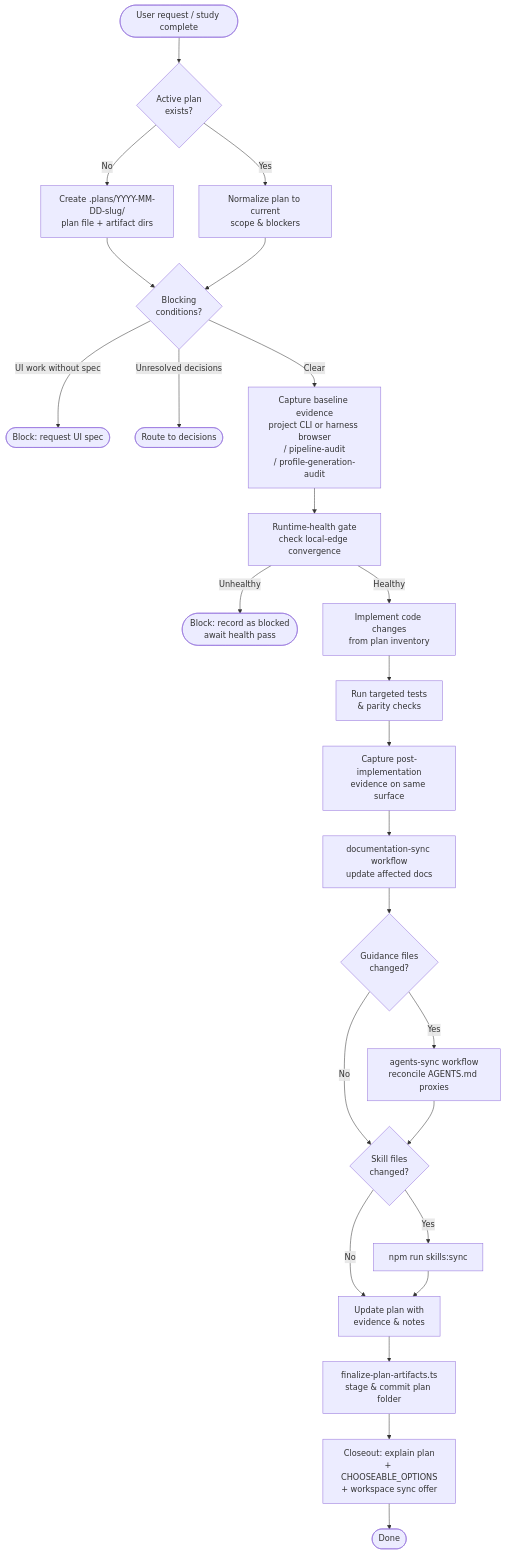
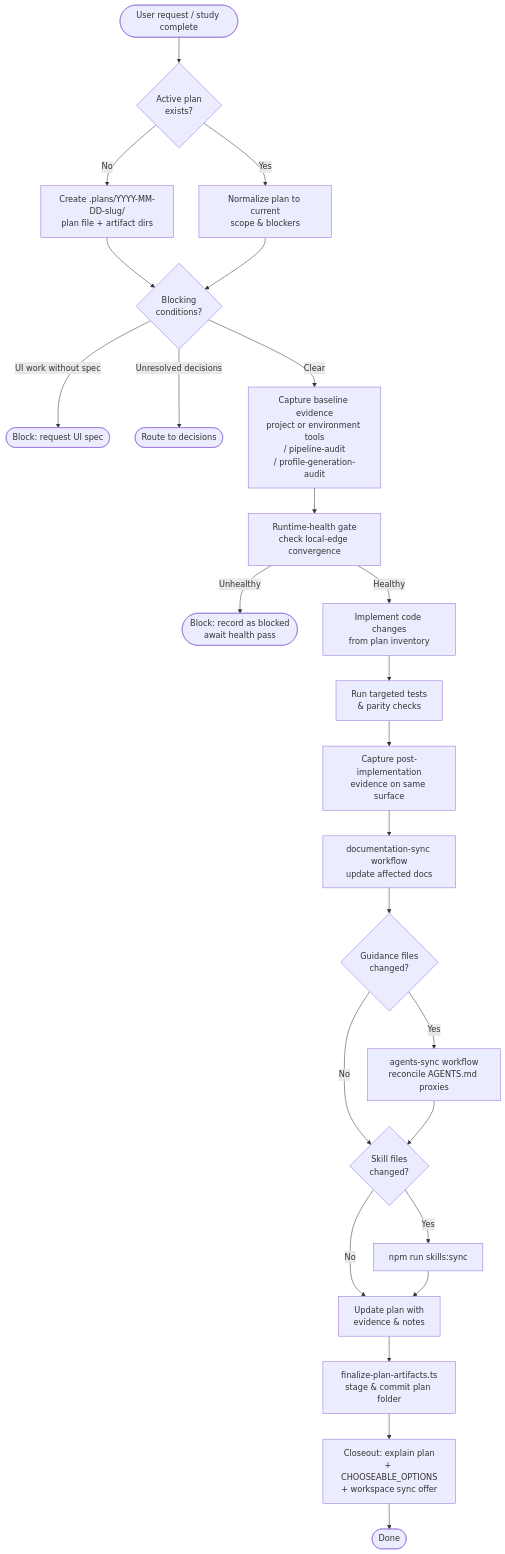
Before and after one commit to gg-skills/plan: the diagram in README.md, drawn with Mermaid. The commit also changed other lines of this file and 1 other file, not shown here.

First line of the commit message:
docs(skill): make baseline capture portable across projects and environments

````diff
--- a/README.md
+++ b/README.md
@@ -102,27 +102,27 @@
 ```mermaid
 flowchart TD
     A([User request / study complete]) --> B{Active plan\nexists?}
     B -- No --> C[Create .plans/YYYY-MM-DD-slug/\nplan file + artifact dirs]
     B -- Yes --> D[Normalize plan to current\nscope & blockers]
     C --> E{Blocking\nconditions?}
     D --> E
     E -- UI work without spec --> F([Block: request UI spec])
     E -- Unresolved decisions --> G([Route to decisions])
-    E -- Clear --> H[Capture baseline evidence\nproject CLI or harness browser\n/ pipeline-audit\n/ profile-generation-audit]
+    E -- Clear --> H[Capture baseline evidence\nproject or environment tools\n/ pipeline-audit\n/ profile-generation-audit]
     H --> I[Runtime-health gate\ncheck local-edge convergence]
     I -- Unhealthy --> J([Block: record as blocked\nawait health pass])
     I -- Healthy --> K[Implement code changes\nfrom plan inventory]
     K --> L[Run targeted tests\n& parity checks]
     L --> M[Capture post-implementation\nevidence on same surface]
     M --> N[documentation-sync workflow\nupdate affected docs]
     N --> O{Guidance files\nchanged?}
     O -- Yes --> P[agents-sync workflow\nreconcile AGENTS.md proxies]
     O -- No --> Q{Skill files\nchanged?}
     P --> Q
     Q -- Yes --> R[npm run skills:sync]
     Q -- No --> S[Update plan with\nevidence & notes]
     R --> S
     S --> T[finalize-plan-artifacts.ts\nstage & commit plan folder]
     T --> U[Closeout: explain plan\n+ CHOOSEABLE_OPTIONS\n+ workspace sync offer]
     U --> V([Done])
 ```
````
